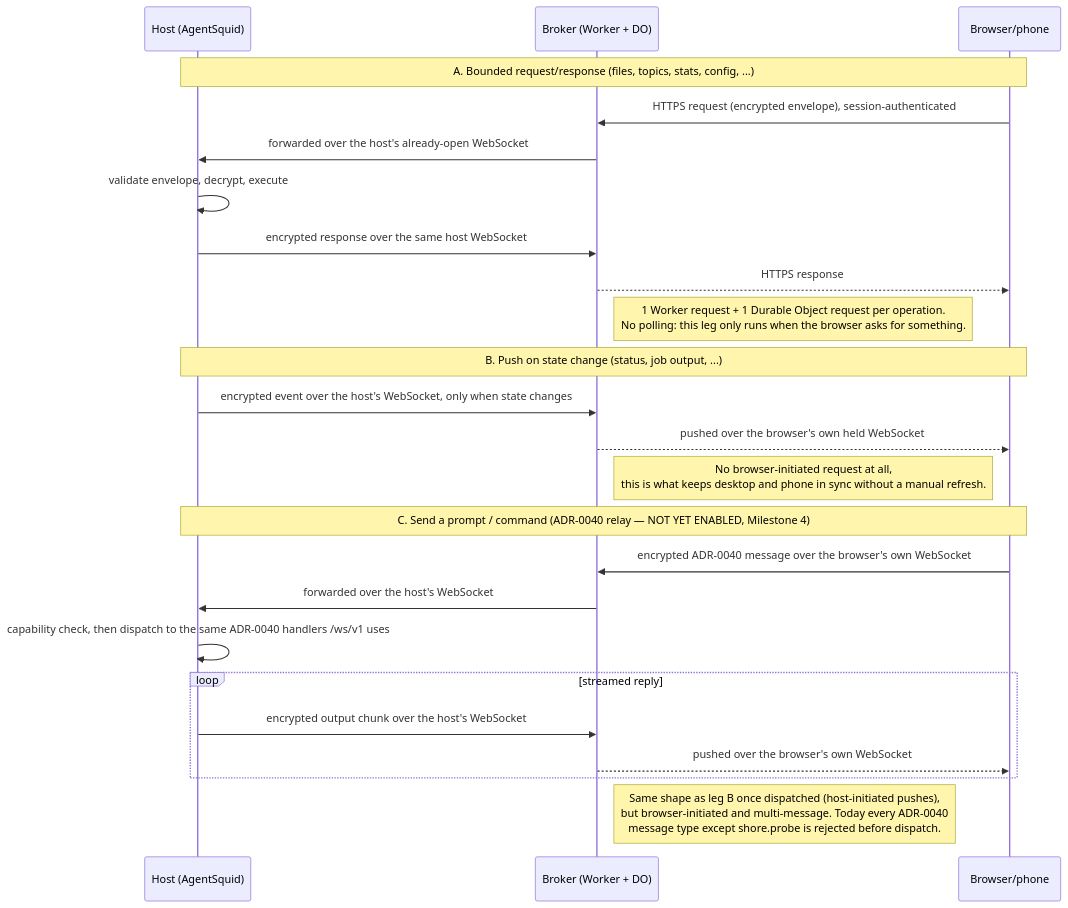
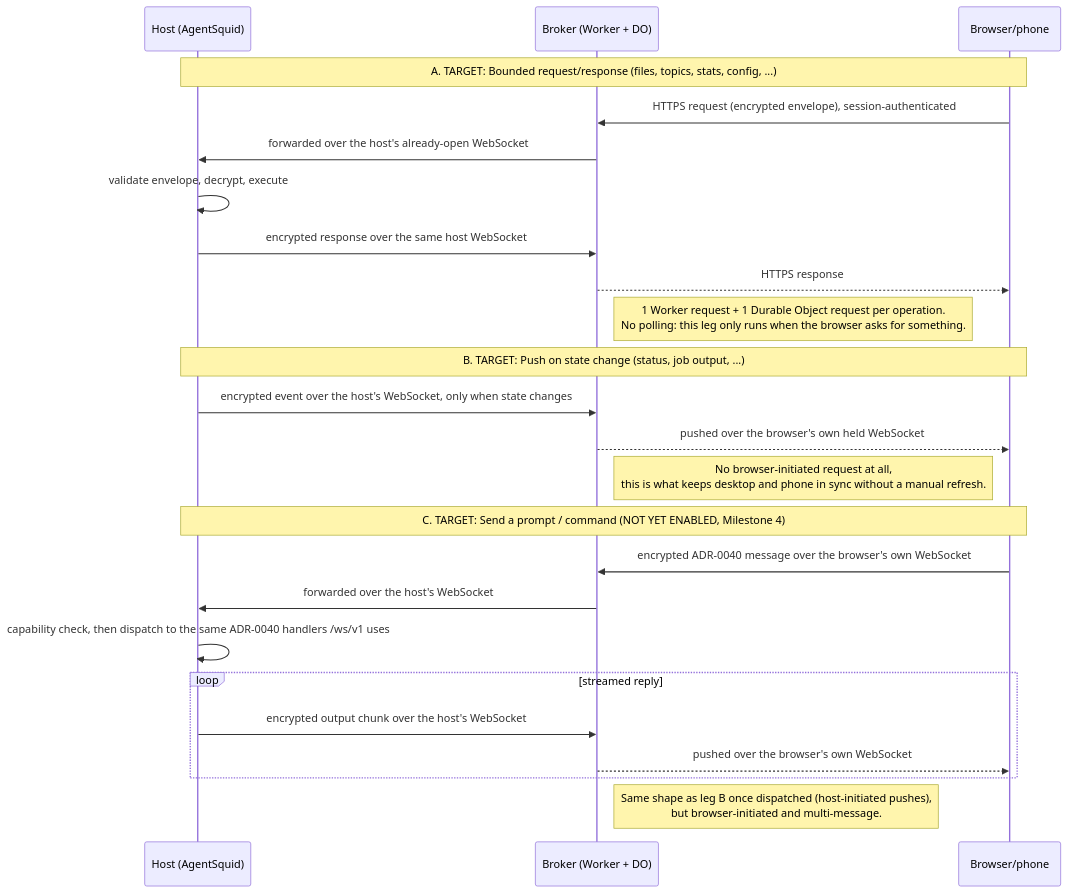
One commit to agent-squid/squid changed the second of 2 diagrams in docs/decisions/0039-remote-access-via-shore-broker.md. Above: the diagram before and after it, drawn with Mermaid. The commit also changed other lines of this file, not shown here.

First line of the commit message:
docs: clarify Shore broker ADR-0039 target vs implemented flows

````diff
--- a/docs/decisions/0039-remote-access-via-shore-broker.md
+++ b/docs/decisions/0039-remote-access-via-shore-broker.md
@@ -233,29 +239,29 @@
 ```mermaid
 sequenceDiagram
     participant Host as Host (AgentSquid)
     participant Broker as Broker (Worker + DO)
     participant Browser as Browser/phone
 
-    Note over Browser,Host: A. Bounded request/response (files, topics, stats, config, ...)
+    Note over Browser,Host: A. TARGET: Bounded request/response (files, topics, stats, config, ...)
     Browser->>Broker: HTTPS request (encrypted envelope), session-authenticated
     Broker->>Host: forwarded over the host's already-open WebSocket
     Host->>Host: validate envelope, decrypt, execute
     Host->>Broker: encrypted response over the same host WebSocket
     Broker-->>Browser: HTTPS response
     Note right of Broker: 1 Worker request + 1 Durable Object request per operation.<br/>No polling: this leg only runs when the browser asks for something.
 
-    Note over Browser,Host: B. Push on state change (status, job output, ...)
+    Note over Browser,Host: B. TARGET: Push on state change (status, job output, ...)
     Host->>Broker: encrypted event over the host's WebSocket, only when state changes
     Broker-->>Browser: pushed over the browser's own held WebSocket
     Note right of Broker: No browser-initiated request at all,<br/>this is what keeps desktop and phone in sync without a manual refresh.
 
-    Note over Browser,Host: C. Send a prompt / command (ADR-0040 relay — NOT YET ENABLED, Milestone 4)
+    Note over Browser,Host: C. TARGET: Send a prompt / command (NOT YET ENABLED, Milestone 4)
     Browser->>Broker: encrypted ADR-0040 message over the browser's own WebSocket
     Broker->>Host: forwarded over the host's WebSocket
     Host->>Host: capability check, then dispatch to the same ADR-0040 handlers /ws/v1 uses
     loop streamed reply
         Host->>Broker: encrypted output chunk over the host's WebSocket
         Broker-->>Browser: pushed over the browser's own WebSocket
     end
-    Note right of Broker: Same shape as leg B once dispatched (host-initiated pushes),<br/>but browser-initiated and multi-message. Today every ADR-0040<br/>message type except shore.probe is rejected before dispatch.
+    Note right of Broker: Same shape as leg B once dispatched (host-initiated pushes),<br/>but browser-initiated and multi-message.
 ```
````
